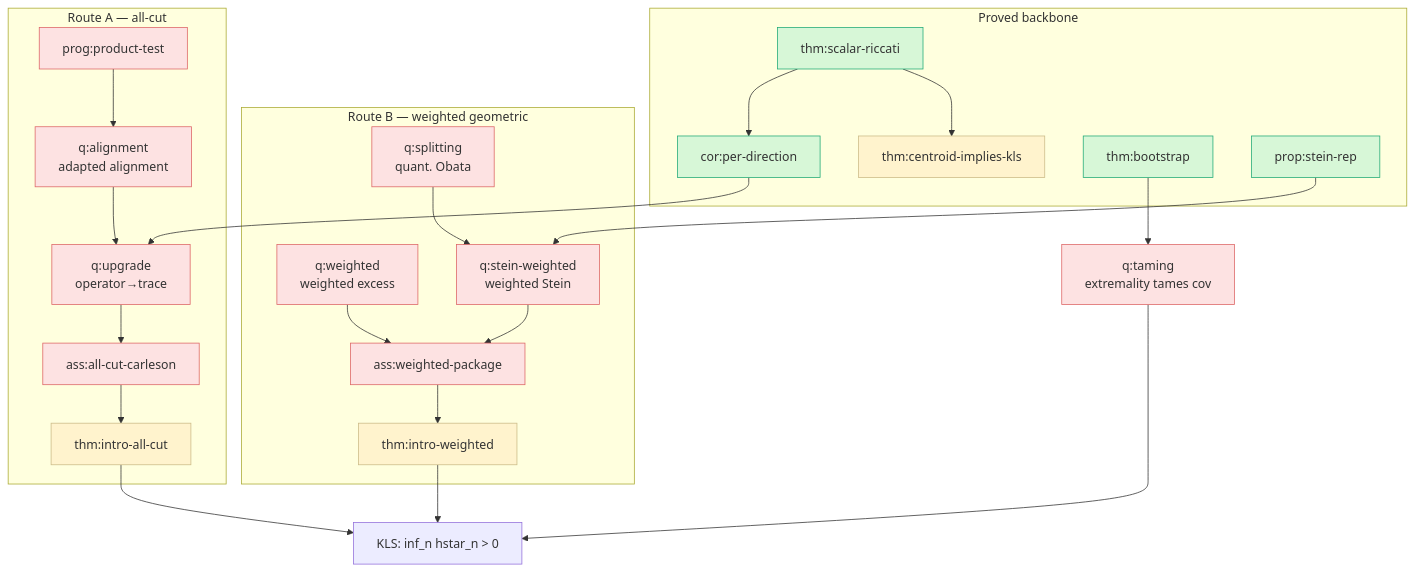
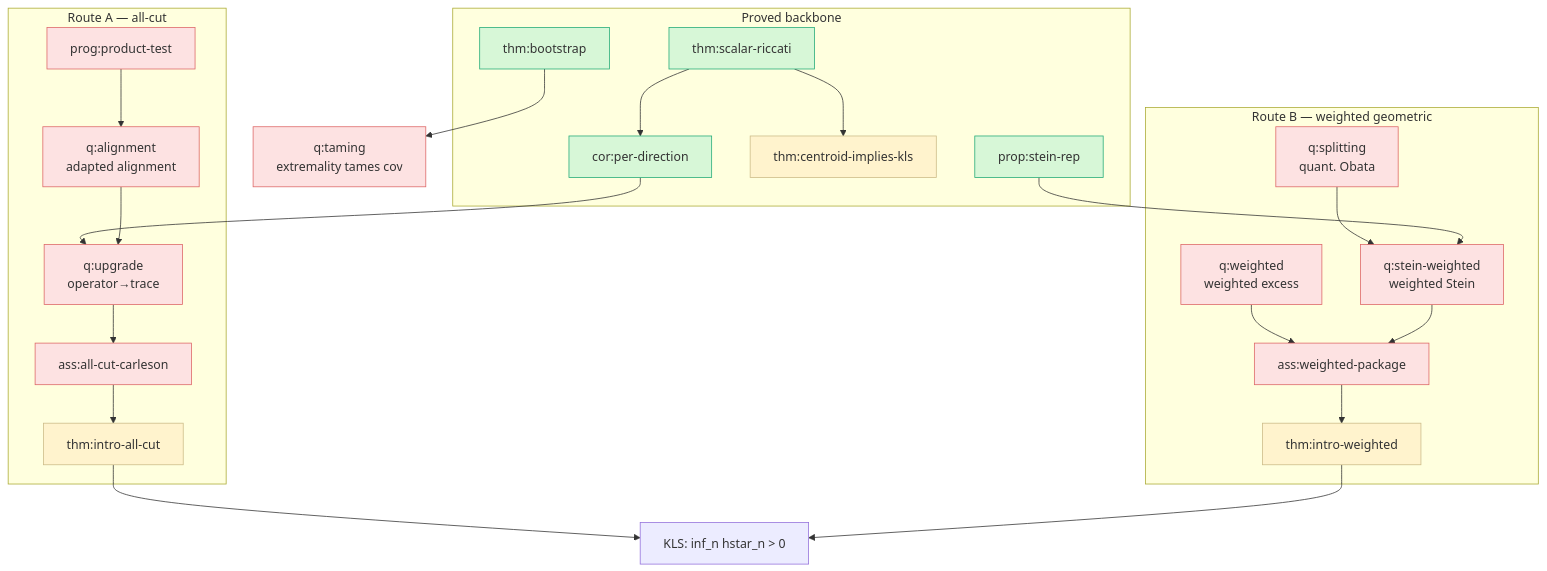
Before and after one commit to human-ai-mathematics/kls-conjecture-search: the diagram in research/kls/routes/eldan-localization/roadmap.md, drawn with Mermaid. The commit also changed other lines of this file and 52 other files, not shown here.

````diff
--- a/research/kls/routes/eldan-localization/roadmap.md
+++ b/research/kls/routes/eldan-localization/roadmap.md
@@ -85,45 +89,45 @@
 ```mermaid
 graph TD
   KLS["KLS: inf_n hstar_n > 0"]
 
   subgraph RouteA["Route A — all-cut"]
     qupg[q:upgrade<br/>operator→trace]:::open
     allcut[ass:all-cut-carleson]:::open
     tall[thm:intro-all-cut]:::cond
     qalign[q:alignment<br/>adapted alignment]:::open
     ptest[prog:product-test]:::open
   end
 
   subgraph RouteB["Route B — weighted geometric"]
     qw[q:weighted<br/>weighted excess]:::open
     qst[q:stein-weighted<br/>weighted Stein]:::open
     qsp[q:splitting<br/>quant. Obata]:::open
     pkg[ass:weighted-package]:::open
     twt[thm:intro-weighted]:::cond
   end
 
   subgraph Backbone["Proved backbone"]
     ricc[thm:scalar-riccati]:::proved
     perdir[cor:per-direction]:::proved
     cent[thm:centroid-implies-kls]:::cond
     boot[thm:bootstrap]:::proved
     stein[prop:stein-rep]:::proved
   end
 
   qtame[q:taming<br/>extremality tames cov]:::open
 
   perdir --> qupg --> allcut --> tall --> KLS
   ptest --> qalign --> qupg
   qw --> pkg
   qst --> pkg
   qsp --> qst
   pkg --> twt --> KLS
   ricc --> perdir
   ricc --> cent
-  boot --> qtame --> KLS
+  boot --> qtame
   stein --> qst
 
   classDef proved fill:#d7f7d7,stroke:#2a7;
   classDef cond fill:#fff3cd,stroke:#cb8;
   classDef open fill:#fde2e2,stroke:#d66;
 ```
````
